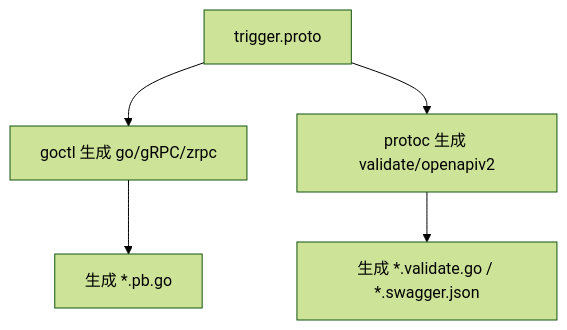
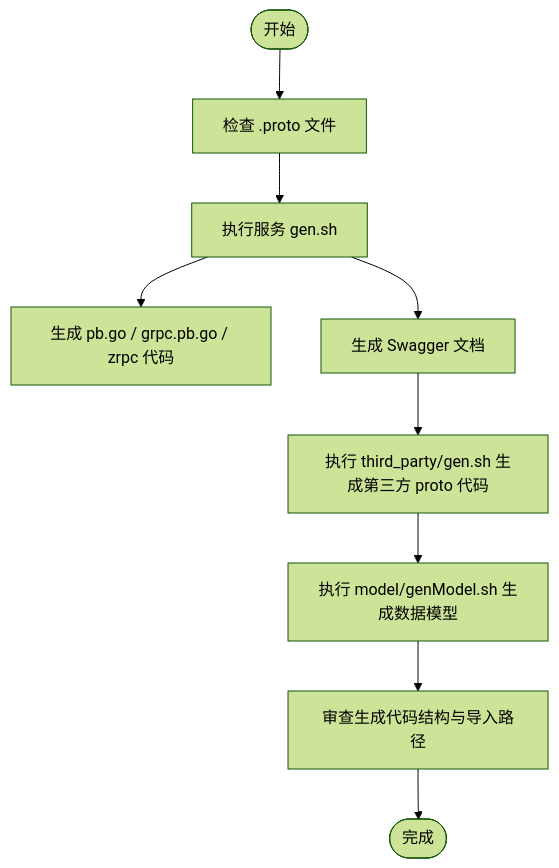
One commit to maomao94/zero-service changed the fourth of 6 diagrams in .qoder/repowiki/zh/content/开发指南/开发指南.md. Above: the diagram before and after it, drawn with Mermaid (forest theme). The commit also changed other lines of this file and 362 other files, not shown here.

````diff
--- a/.qoder/repowiki/zh/content/开发指南/开发指南.md
+++ b/.qoder/repowiki/zh/content/开发指南/开发指南.md
@@ -223,7 +222,11 @@
 ```mermaid
 flowchart TD
-P["trigger.proto"] --> GenGo["goctl 生成 go/gRPC/zrpc"]
-P --> GenPB["protoc 生成 validate/openapiv2"]
-GenGo --> Out1["生成 *.pb.go"]
-GenPB --> Out2["生成 *.validate.go / *.swagger.json"]
+Start(["开始"]) --> CheckProto["检查 .proto 文件"]
+CheckProto --> RunGen["执行服务 gen.sh"]
+RunGen --> GenPB["生成 pb.go / grpc.pb.go / zrpc 代码"]
+RunGen --> GenSwagger["生成 Swagger 文档"]
+GenSwagger --> MoveThird["执行 third_party/gen.sh 生成第三方 proto 代码"]
+MoveThird --> GenModel["执行 model/genModel.sh 生成数据模型"]
+GenModel --> Review["审查生成代码结构与导入路径"]
+Review --> End(["完成"])
 ```
````
